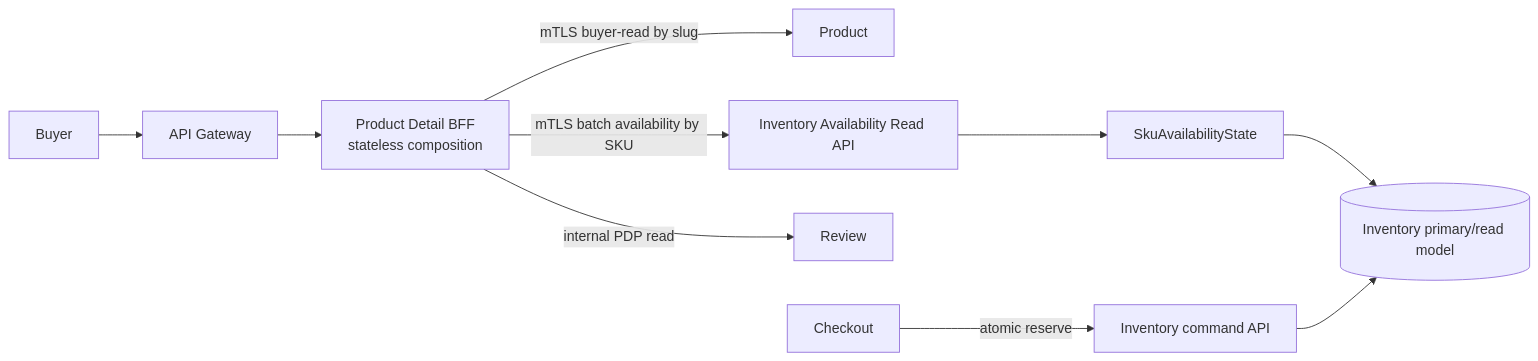
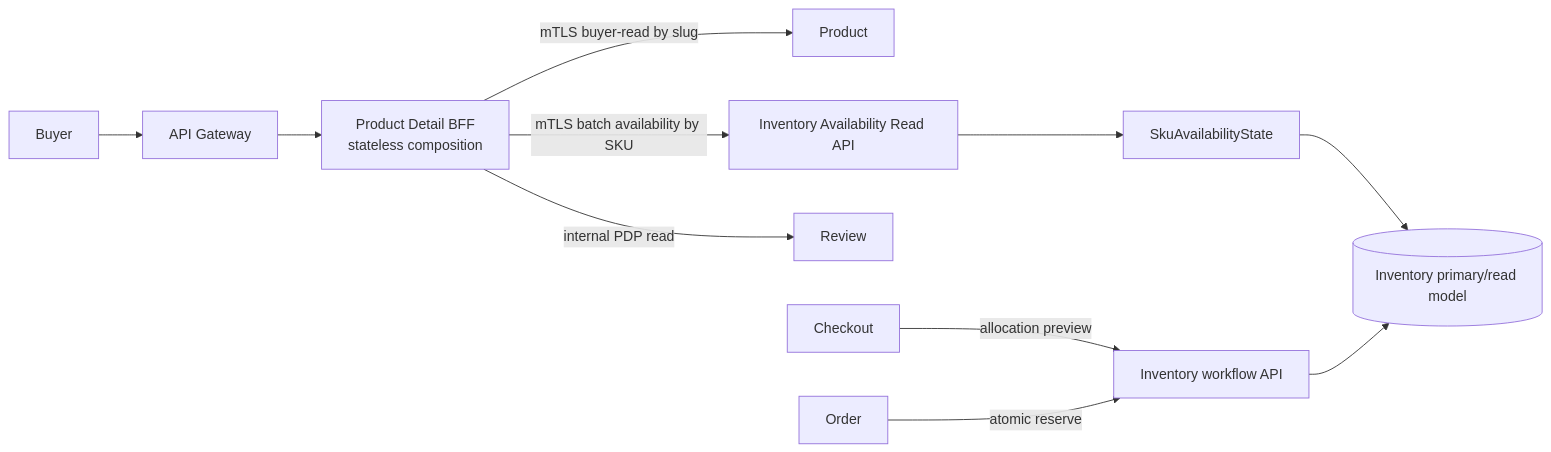
The diagram in docs/product-detail-bff/architecture.md (quangdung2110/e-commerce-microservices), drawn with Mermaid before and after one commit. The commit also changed other lines of this file and 38 other files, not shown here.

First line of the commit message:
docs(architecture): align Checkout boundaries and gateway routing

````diff
--- a/docs/product-detail-bff/architecture.md
+++ b/docs/product-detail-bff/architecture.md
@@ -12,12 +12,13 @@
 ```mermaid
 flowchart LR
   B[Buyer] --> G[API Gateway]
   G --> BFF[Product Detail BFF\nstateless composition]
   BFF -->|mTLS buyer-read by slug| P[Product]
   BFF -->|mTLS batch availability by SKU| IQ[Inventory Availability Read API]
   BFF -->|internal PDP read| R[Review]
   IQ --> AS[SkuAvailabilityState]
   AS --> IDB[(Inventory primary/read model)]
-  CO[Checkout] -->|atomic reserve| I[Inventory command API]
+  CO[Checkout] -->|allocation preview| I[Inventory workflow API]
+  O[Order] -->|atomic reserve| I
   I --> IDB
 ```
````
